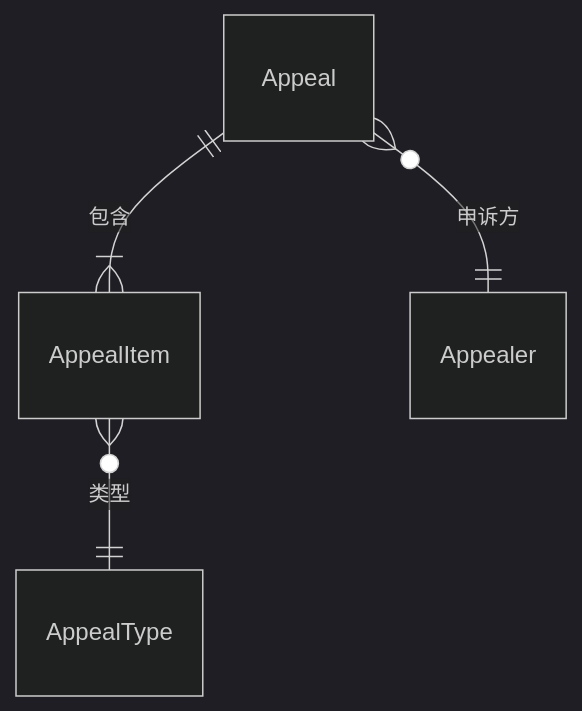
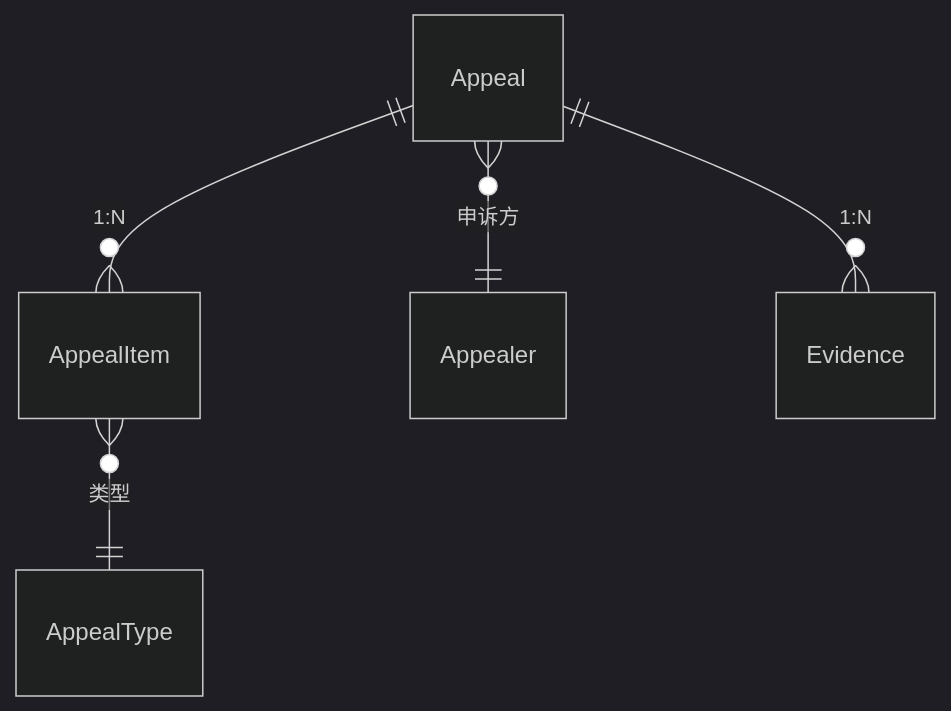
Before and after one commit to oleewen/ai-master: the second of 20 diagrams in docs/design/申诉详设.md, drawn with Mermaid (dark theme). The commit also changed other lines of this file and 1 other file, not shown here.

````diff
--- a/docs/design/申诉详设.md
+++ b/docs/design/申诉详设.md
@@ -44,6 +50,7 @@
 ```mermaid
 erDiagram
-    Appeal ||--|{ AppealItem : "包含"
+    Appeal ||--o{ AppealItem : "1:N"
     AppealItem }o--|| AppealType : "类型"
     Appeal }o--|| Appealer : "申诉方"
+    Appeal ||--o{ Evidence : "1:N"
 ```
````
